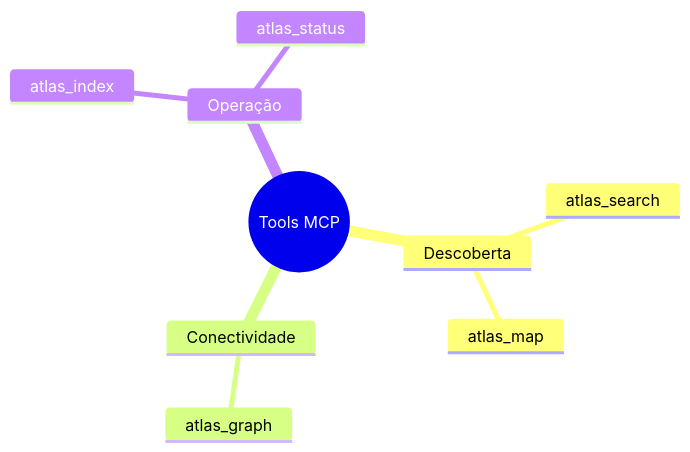
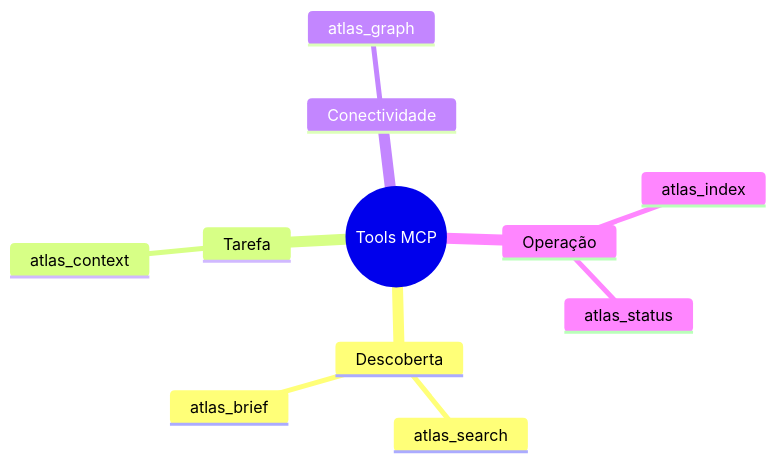
The eighth of 14 diagrams in docs/guia-indexacao-grafo-mcp.md (LuisCarlosLopes/codesteer-atlas), drawn with Mermaid before and after one commit. The commit also changed other lines of this file and 7 other files, not shown here.

````diff
--- a/docs/guia-indexacao-grafo-mcp.md
+++ b/docs/guia-indexacao-grafo-mcp.md
@@ -324,12 +326,14 @@
 ```mermaid
 mindmap
   root((Tools MCP))
     Descoberta
       atlas_search
-      atlas_map
+      atlas_brief
+    Tarefa
+      atlas_context
     Conectividade
       atlas_graph
     Operação
       atlas_index
       atlas_status
 ```
````
